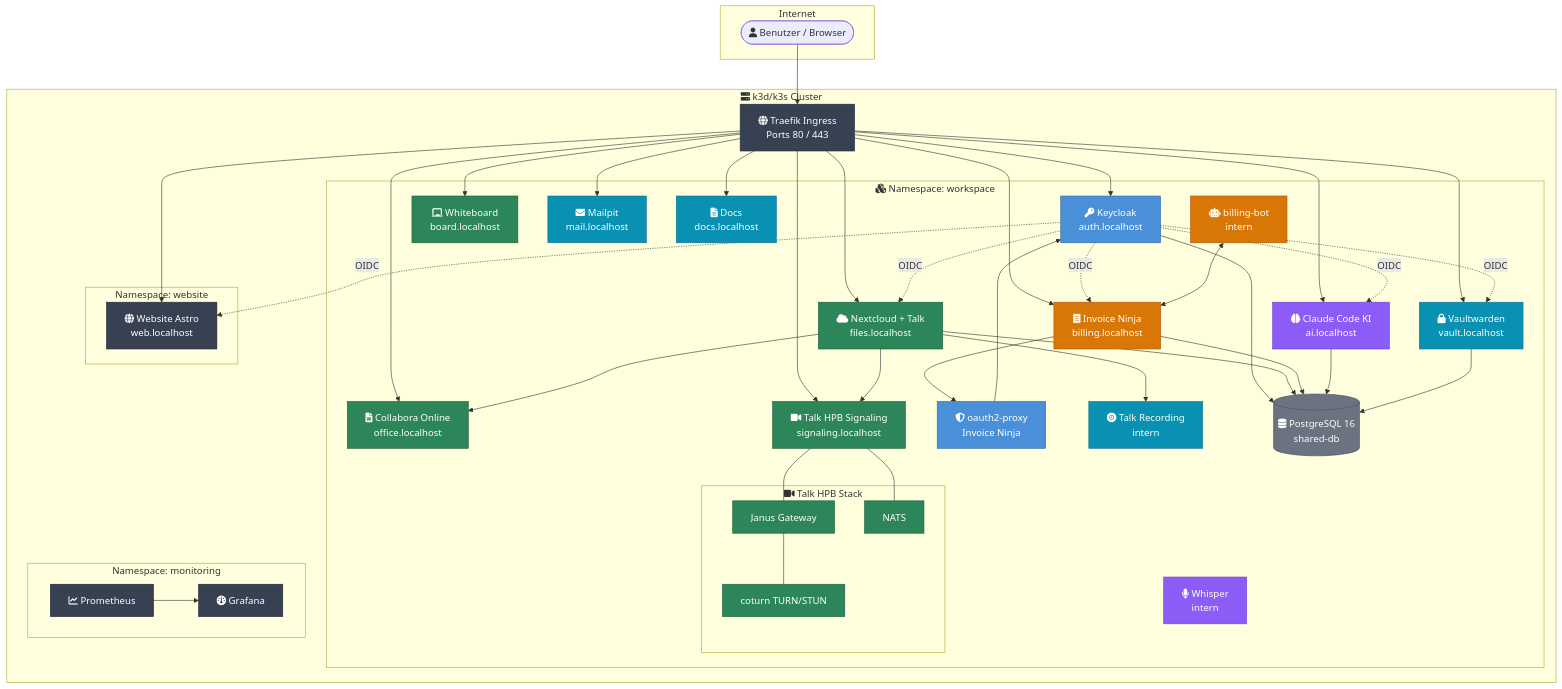
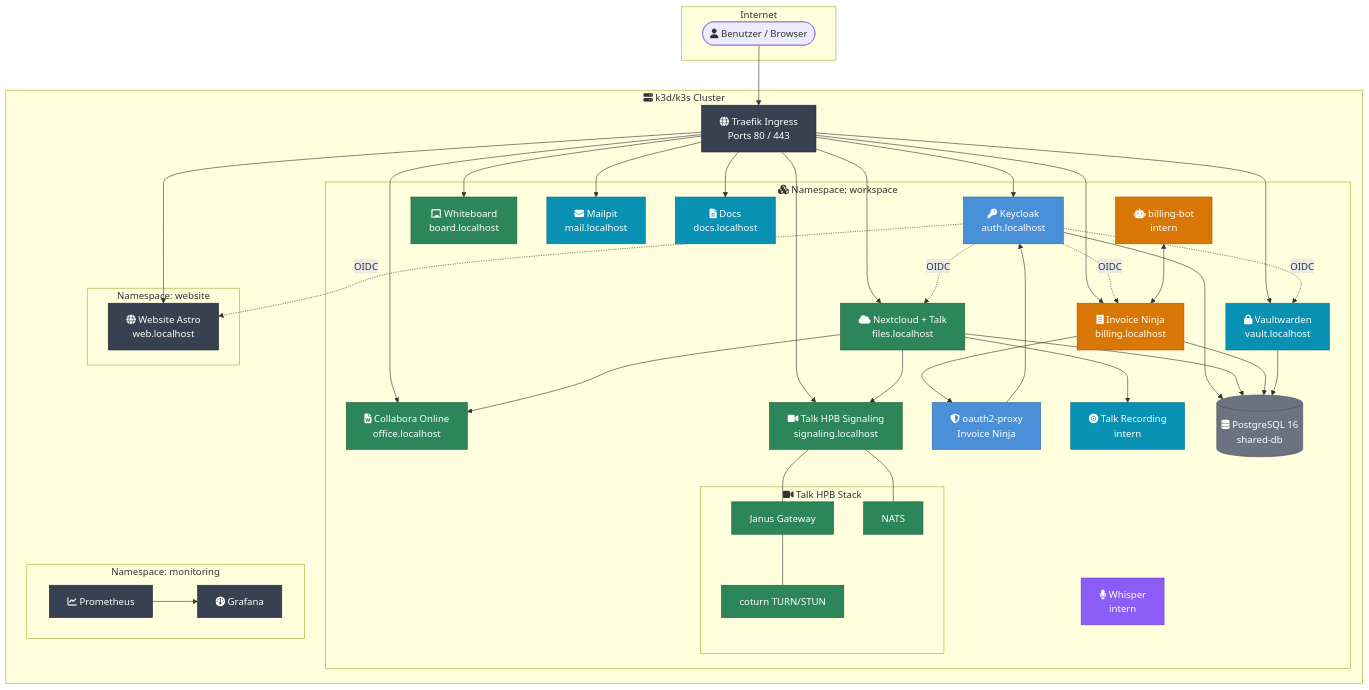
One commit to Paddione/Bachelorprojekt changed the first of 3 diagrams in README.md. Above: the diagram before and after it, drawn with Mermaid. The commit also changed other lines of this file and 33 other files, not shown here.

````diff
--- a/README.md
+++ b/README.md
@@ -56,78 +55,77 @@
 ```mermaid
 graph TB
     subgraph Internet
         User(["fa:fa-user Benutzer / Browser"])
     end
 
     subgraph k3d-Cluster ["fa:fa-server k3d/k3s Cluster"]
         Traefik["fa:fa-globe Traefik Ingress<br/>Ports 80 / 443"]
 
         subgraph workspace ["fa:fa-cubes Namespace: workspace"]
             KC["fa:fa-key Keycloak<br/>auth.localhost"]
             NC["fa:fa-cloud Nextcloud + Talk<br/>files.localhost"]
             CO["fa:fa-file-word Collabora Online<br/>office.localhost"]
             HPB["fa:fa-video Talk HPB Signaling<br/>signaling.localhost"]
-            OC["fa:fa-brain Claude Code KI<br/>ai.localhost"]
             IN["fa:fa-receipt Invoice Ninja<br/>billing.localhost"]
             VW["fa:fa-lock Vaultwarden<br/>vault.localhost"]
             WB["fa:fa-chalkboard Whiteboard<br/>board.localhost"]
             MP["fa:fa-envelope Mailpit<br/>mail.localhost"]
             DOCS["fa:fa-file-lines Docs<br/>docs.localhost"]
             BB["fa:fa-robot billing-bot<br/>intern"]
             OAUTH["fa:fa-shield-halved oauth2-proxy<br/>Invoice Ninja"]
             WHISPER["fa:fa-microphone Whisper<br/>intern"]
             REC["fa:fa-record-vinyl Talk Recording<br/>intern"]
 
             subgraph HPB-Stack ["fa:fa-video Talk HPB Stack"]
                 JANUS["Janus Gateway"]
                 NATS["NATS"]
                 COTURN["coturn TURN/STUN"]
             end
 
             DB[("fa:fa-database PostgreSQL 16<br/>shared-db")]
         end
 
         subgraph website-ns ["Namespace: website"]
             WEB["fa:fa-globe Website Astro<br/>web.localhost"]
         end
 
         subgraph monitoring-ns ["Namespace: monitoring"]
             PROM["fa:fa-chart-line Prometheus"]
             GRAF["fa:fa-gauge Grafana"]
         end
     end
 
     User --> Traefik
-    Traefik --> KC & NC & CO & HPB & OC & IN & VW & WB & MP & DOCS & WEB
+    Traefik --> KC & NC & CO & HPB & IN & VW & WB & MP & DOCS & WEB
 
-    KC -. OIDC .-> NC & IN & OC & VW & WEB
+    KC -. OIDC .-> NC & IN & VW & WEB
     OAUTH --> KC
     IN --> OAUTH
 
     BB <--> IN
 
     NC --> CO
     NC --> HPB
     NC --> REC
     HPB --- JANUS & NATS
     JANUS --- COTURN
 
-    KC & NC & IN & OC & VW --> DB
+    KC & NC & IN & VW --> DB
     PROM --> GRAF
 
     classDef identity fill:#4a90d9,color:#fff,stroke:#2d6a9f
     classDef collab fill:#2d8659,color:#fff,stroke:#1a5c3a
     classDef ai fill:#8b5cf6,color:#fff,stroke:#6d3ad4
     classDef billing fill:#d97706,color:#fff,stroke:#b45309
     classDef data fill:#6b7280,color:#fff,stroke:#4b5563
     classDef tools fill:#0891b2,color:#fff,stroke:#0e7490
     classDef infra fill:#374151,color:#fff,stroke:#1f2937
 
     class KC,OAUTH identity
     class NC,CO,WB,OL,HPB,JANUS,NATS,COTURN collab
     class OC,WHISPER ai
     class IN,BB billing
     class DB,OS data
     class VW,MP,DOCS,REC tools
     class Traefik,WEB,PROM,GRAF infra
 ```
````
